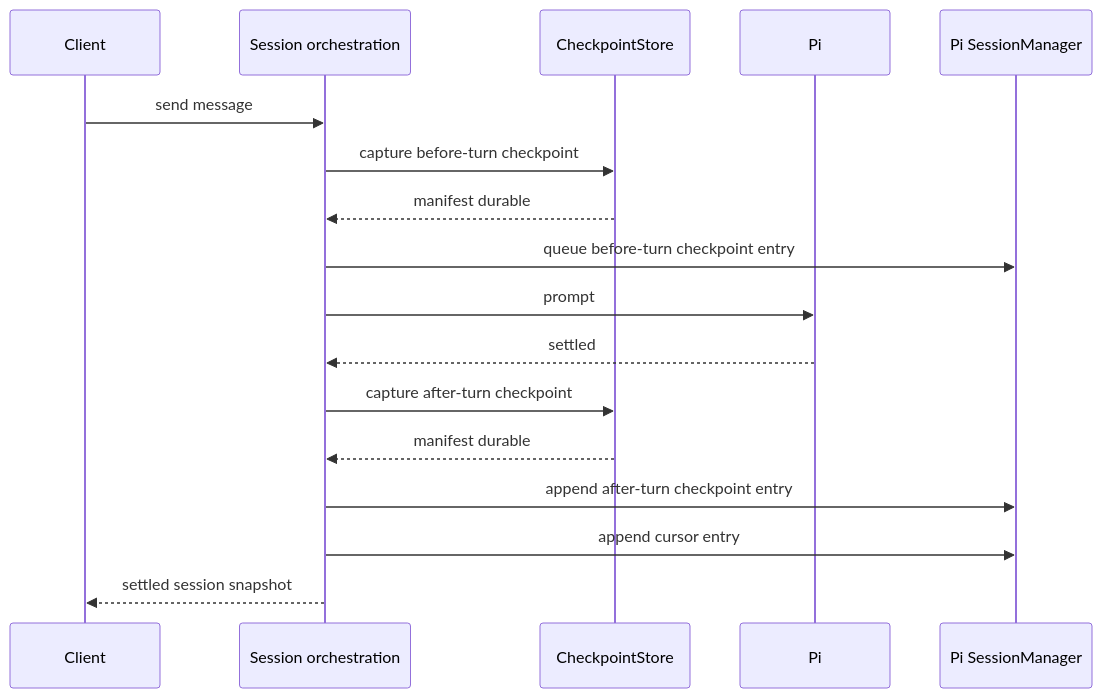
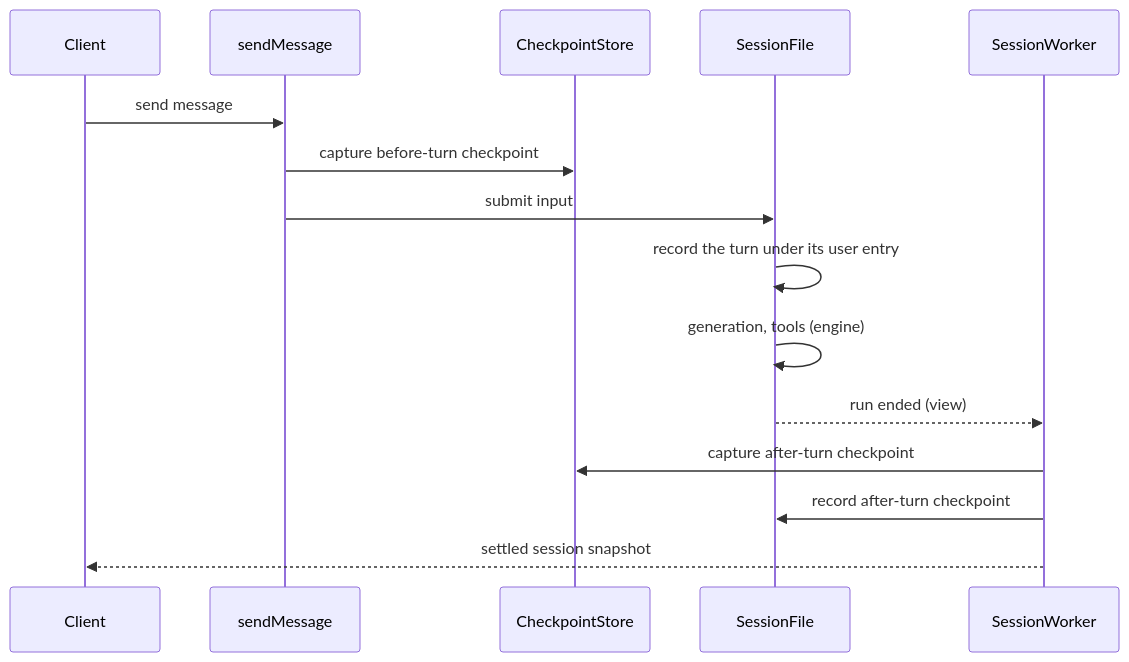
The third of 6 diagrams in docs/internal/checkpoint-system.md (mattiacerutti/supernova), drawn with Mermaid before and after one commit. The commit also changed other lines of this file and 81 other files, not shown here.

````diff
--- a/docs/internal/checkpoint-system.md
+++ b/docs/internal/checkpoint-system.md
@@ -125,20 +132,18 @@
 ```mermaid
 sequenceDiagram
   participant Client
-  participant Send as Session orchestration
+  participant Send as sendMessage
   participant Store as CheckpointStore
-  participant Pi
-  participant Session as Pi SessionManager
+  participant File as SessionFile
+  participant Worker as SessionWorker
 
   Client->>Send: send message
   Send->>Store: capture before-turn checkpoint
-  Store-->>Send: manifest durable
-  Send->>Session: queue before-turn checkpoint entry
-  Send->>Pi: prompt
-  Pi-->>Send: settled
-  Send->>Store: capture after-turn checkpoint
-  Store-->>Send: manifest durable
-  Send->>Session: append after-turn checkpoint entry
-  Send->>Session: append cursor entry
-  Send-->>Client: settled session snapshot
+  Send->>File: submit input
+  File->>File: record the turn under its user entry
+  File->>File: generation, tools (engine)
+  File-->>Worker: run ended (view)
+  Worker->>Store: capture after-turn checkpoint
+  Worker->>File: record after-turn checkpoint
+  Worker-->>Client: settled session snapshot
 ```
````
